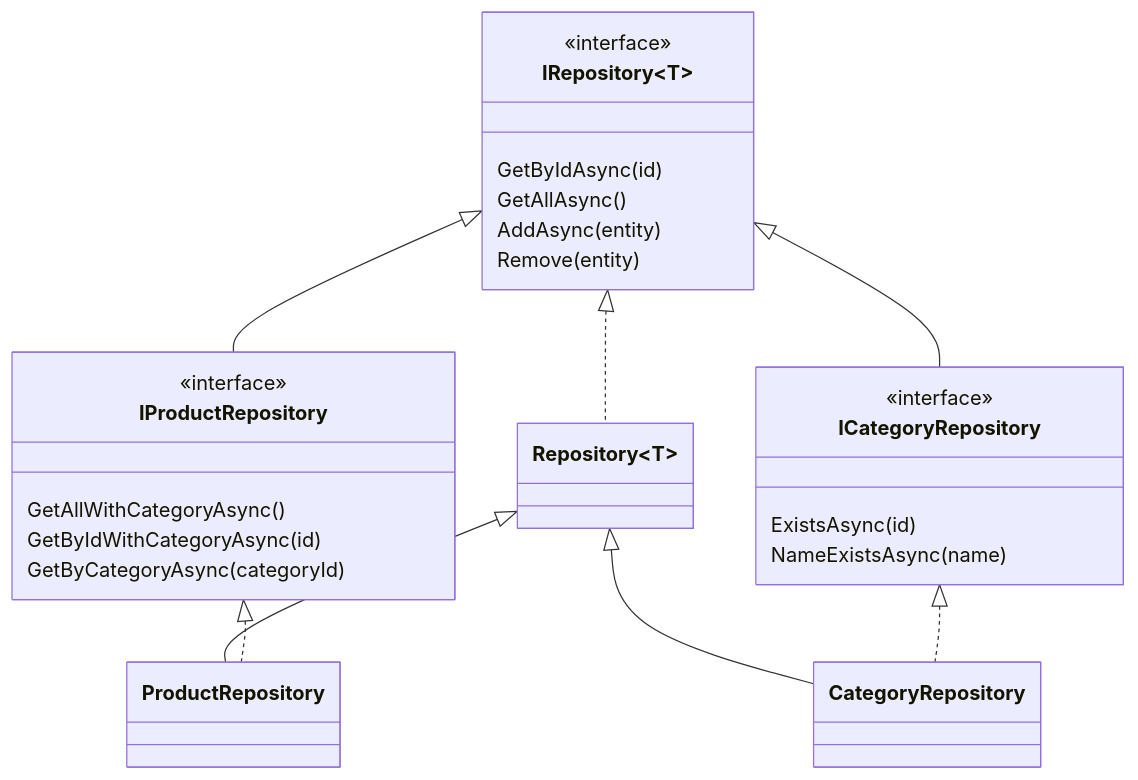
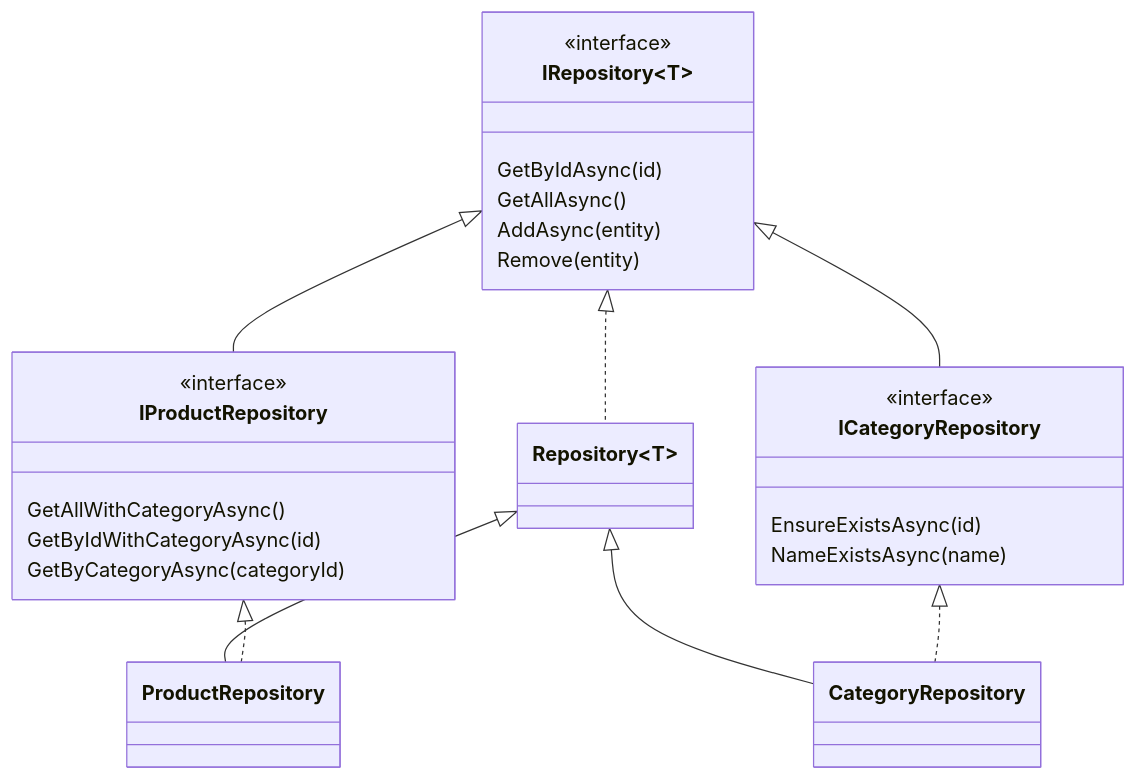
One commit to wesamkhateeb98-creator/clean-architecture-uow-repository changed the second of 2 diagrams in docs/02-repository-pattern.md. Above: the diagram before and after it, drawn with Mermaid. The commit also changed other lines of this file and 6 other files, not shown here.

Commit message:
refactor: move category existence check into CategoryRepository.EnsureExistsAsync

````diff
--- a/docs/02-repository-pattern.md
+++ b/docs/02-repository-pattern.md
@@ -15,31 +15,31 @@
 ```mermaid
 classDiagram
     class IRepository~T~ {
         <<interface>>
         GetByIdAsync(id)
         GetAllAsync()
         AddAsync(entity)
         Remove(entity)
     }
     class IProductRepository {
         <<interface>>
         GetAllWithCategoryAsync()
         GetByIdWithCategoryAsync(id)
         GetByCategoryAsync(categoryId)
     }
     class ICategoryRepository {
         <<interface>>
-        ExistsAsync(id)
+        EnsureExistsAsync(id)
         NameExistsAsync(name)
     }
     IRepository~T~ <|-- IProductRepository
     IRepository~T~ <|-- ICategoryRepository
     class Repository~T~
     class ProductRepository
     class CategoryRepository
     IRepository~T~ <|.. Repository~T~
     Repository~T~ <|-- ProductRepository
     Repository~T~ <|-- CategoryRepository
     IProductRepository <|.. ProductRepository
     ICategoryRepository <|.. CategoryRepository
 ```
````
